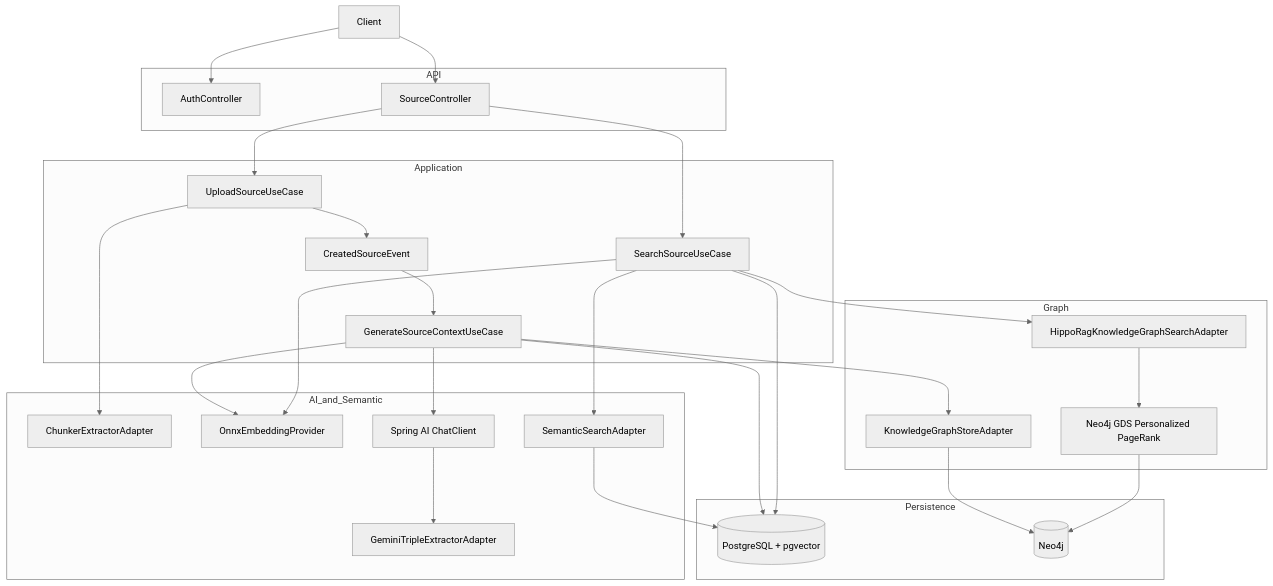
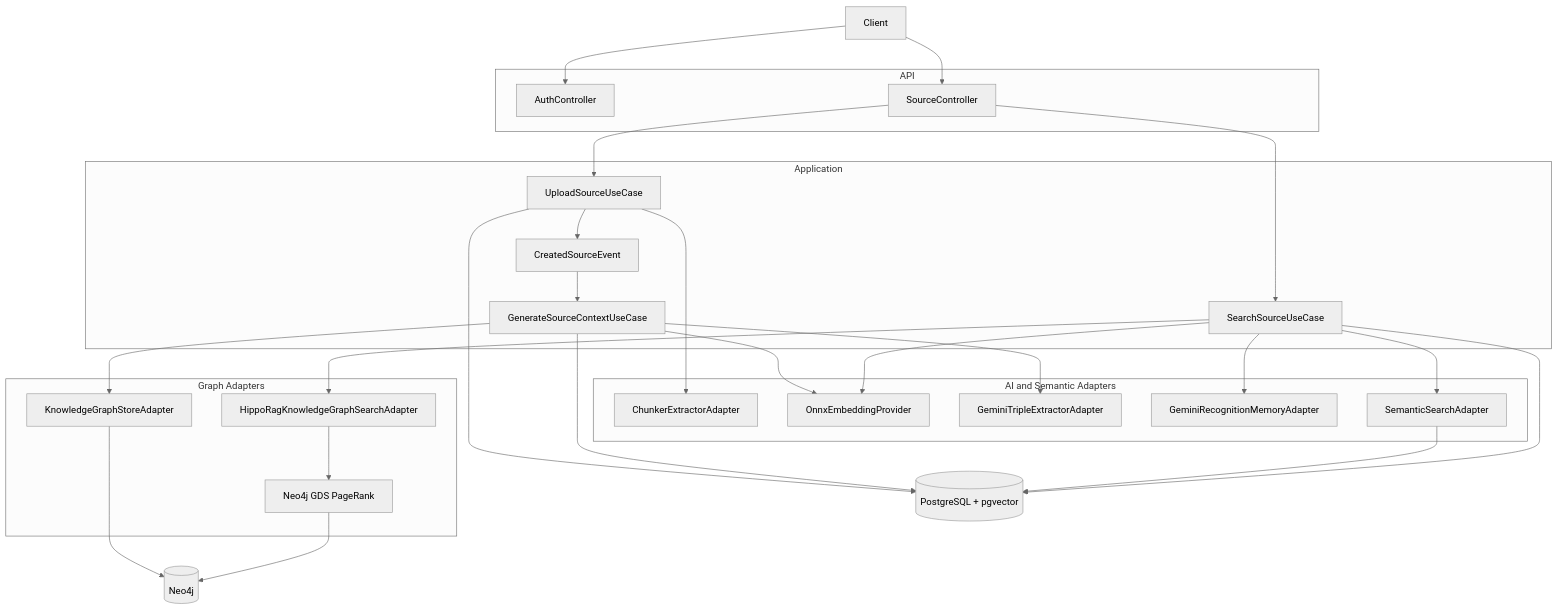
One commit to Luca5Eckert/Kairos changed the first of 3 diagrams in README.md. Above: the diagram before and after it, drawn with Mermaid (neutral theme). The commit also changed other lines of this file and 1 other file, not shown here.

````diff
--- a/README.md
+++ b/README.md
@@ -46,56 +90,55 @@
 ```mermaid
-graph TB
-    C[Client]
+flowchart TB
+    client["Client"]
 
-    subgraph API
-      AC[AuthController]
-      SC[SourceController]
+    subgraph api["API"]
+        auth["AuthController"]
+        sources["SourceController"]
     end
 
-    subgraph Application
-      US[UploadSourceUseCase]
-      GS[GenerateSourceContextUseCase]
-      SS[SearchSourceUseCase]
-      EV[CreatedSourceEvent]
+    subgraph app["Application"]
+        upload["UploadSourceUseCase"]
+        enrich["GenerateSourceContextUseCase"]
+        search["SearchSourceUseCase"]
+        event["CreatedSourceEvent"]
     end
 
-    subgraph AI_and_Semantic
-      CH[ChunkerExtractorAdapter]
-      EM[OnnxEmbeddingProvider]
-      AI[Spring AI ChatClient]
-      TX[GeminiTripleExtractorAdapter]
-      VS[SemanticSearchAdapter]
+    subgraph ai["AI and Semantic Adapters"]
+        chunker["ChunkerExtractorAdapter"]
+        embedder["OnnxEmbeddingProvider"]
+        extractor["GeminiTripleExtractorAdapter"]
+        recognition["GeminiRecognitionMemoryAdapter"]
+        semantic["SemanticSearchAdapter"]
     end
 
-    subgraph Graph
-      KG[KnowledgeGraphStoreAdapter]
-      KS[HippoRagKnowledgeGraphSearchAdapter]
-      GDS[Neo4j GDS Personalized PageRank]
+    subgraph graph["Graph Adapters"]
+        graphStore["KnowledgeGraphStoreAdapter"]
+        graphSearch["HippoRagKnowledgeGraphSearchAdapter"]
+        gds["Neo4j GDS PageRank"]
     end
 
-    subgraph Persistence
-      PG[(PostgreSQL + pgvector)]
-      NEO[(Neo4j)]
-    end
+    postgres[("PostgreSQL + pgvector")]
+    neo4j[("Neo4j")]
 
-    C --> AC
-    C --> SC
-    SC --> US
-    US --> CH
-    US --> EV
-    EV --> GS
-    GS --> EM
-    GS --> AI
-    AI --> TX
-    GS --> PG
-    GS --> KG
-    KG --> NEO
-    SC --> SS
-    SS --> EM
-    SS --> VS
-    VS --> PG
-    SS --> KS
-    KS --> GDS
-    GDS --> NEO
-    SS --> PG
+    client --> auth
+    client --> sources
+    sources --> upload
+    upload --> chunker
+    upload --> postgres
+    upload --> event
+    event --> enrich
+    enrich --> embedder
+    enrich --> extractor
+    enrich --> postgres
+    enrich --> graphStore
+    graphStore --> neo4j
+    sources --> search
+    search --> embedder
+    search --> semantic
+    search --> recognition
+    semantic --> postgres
+    search --> graphSearch
+    graphSearch --> gds
+    gds --> neo4j
+    search --> postgres
 ```
````
